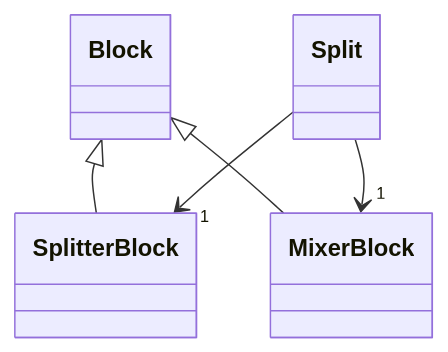
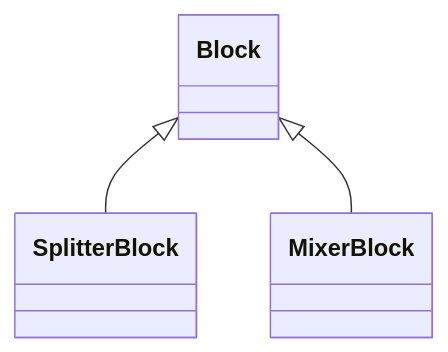
One commit to stokes-audio/pyquadcortex changed the sixth of 7 diagrams in docs/domain-model.md. Above: the diagram before and after it, drawn with Mermaid. The commit also changed other lines of this file, not shown here.

````diff
--- a/docs/domain-model.md
+++ b/docs/domain-model.md
@@ -270,7 +332,5 @@
 ```mermaid
 classDiagram
     Block <|-- SplitterBlock
     Block <|-- MixerBlock
-    Split --> "1" SplitterBlock
-    Split --> "1" MixerBlock
 ```
````
